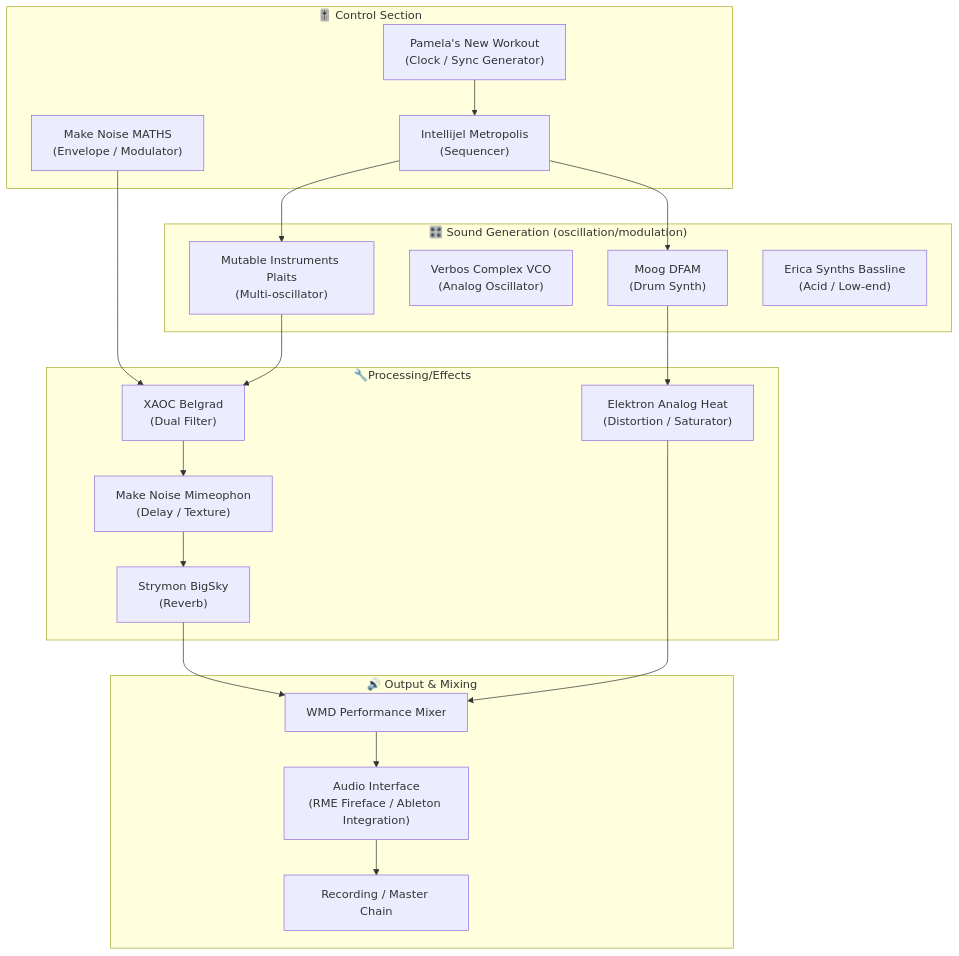
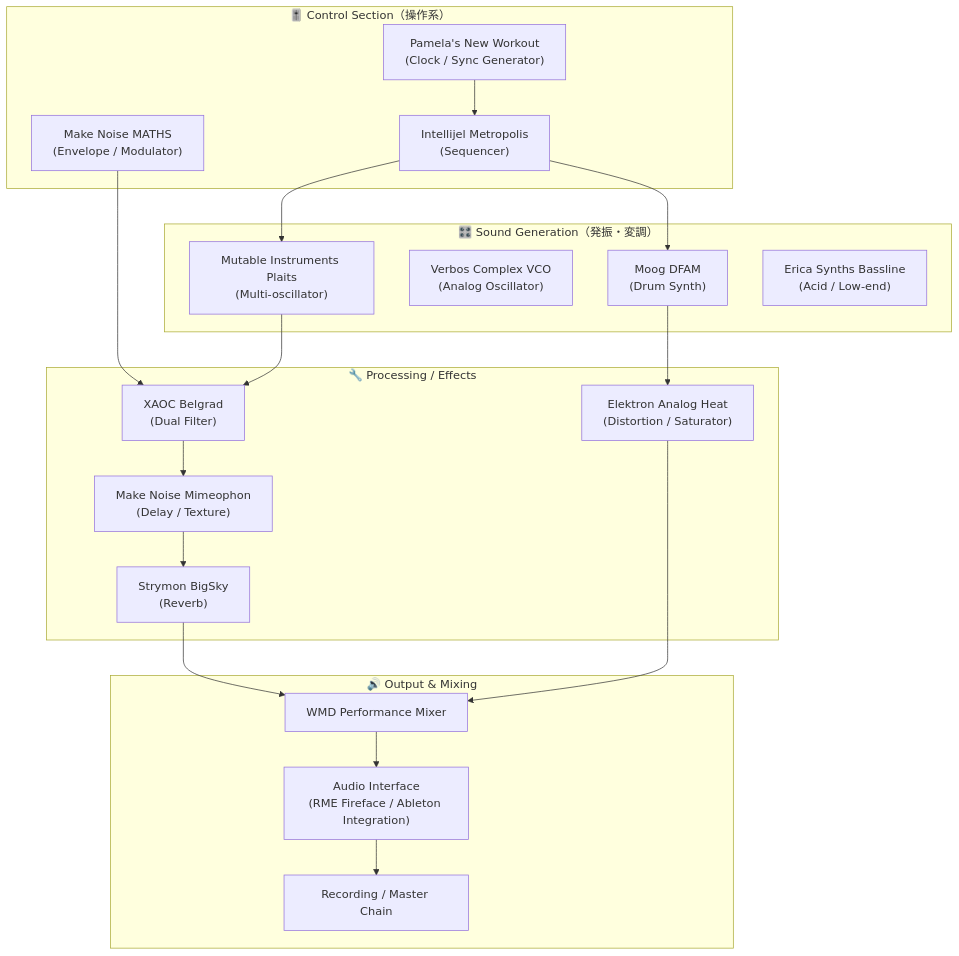
One commit to monumental-movement/monumental-movement.github.io changed the second of 2 diagrams in en/_posts/2025-10-12-Column-Blawan.md. Above: the diagram before and after it, drawn with Mermaid. The commit also changed other lines of this file and 1724 other files, not shown here.

```diff
--- a/en/_posts/2025-10-12-Column-Blawan.md
+++ b/en/_posts/2025-10-12-Column-Blawan.md
@@ -295,44 +293,44 @@
 <div class="mermaid">
 
 flowchart TD
-subgraph "🎚️ Control Section"
-MATHS["Make Noise MATHS\n(Envelope / Modulator)"]
-PAM["Pamela's New Workout\n(Clock / Sync Generator)"]
-METROP["Intellijel Metropolis\n(Sequencer)"]
-end
+    subgraph "🎚️ Control Section（操作系）"
+      MATHS["Make Noise MATHS\n(Envelope / Modulator)"]
+      PAM["Pamela's New Workout\n(Clock / Sync Generator)"]
+      METROP["Intellijel Metropolis\n(Sequencer)"]
+    end
 
-subgraph "🎛️ Sound Generation (oscillation/modulation)"
-OSC["Mutable Instruments Plaits\n(Multi-oscillator)"]
-VCO["Verbos Complex VCO\n(Analog Oscillator)"]
-DFAM["Moog DFAM\n(Drum Synth)"]
-BASS["Erica Synths Bassline\n(Acid / Low-end)"]
-end
+    subgraph "🎛️ Sound Generation（発振・変調）"
+      OSC["Mutable Instruments Plaits\n(Multi-oscillator)"]
+      VCO["Verbos Complex VCO\n(Analog Oscillator)"]
+      DFAM["Moog DFAM\n(Drum Synth)"]
+      BASS["Erica Synths Bassline\n(Acid / Low-end)"]
+    end
 
-subgraph "🔧Processing/Effects"
-FILTER["XAOC Belgrad\n(Dual Filter)"]
-DIST["Elektron Analog Heat\n(Distortion / Saturator)"]
-REVERB["Strymon BigSky\n(Reverb)"]
-DELAY["Make Noise Mimeophon\n(Delay / Texture)"]
-end
+    subgraph "🔧 Processing / Effects"
+      FILTER["XAOC Belgrad\n(Dual Filter)"]
+      DIST["Elektron Analog Heat\n(Distortion / Saturator)"]
+      REVERB["Strymon BigSky\n(Reverb)"]
+      DELAY["Make Noise Mimeophon\n(Delay / Texture)"]
+    end
 
-subgraph "🔊 Output & Mixing"
-MIX["WMD Performance Mixer"]
-OUT["Audio Interface\n(RME Fireface / Ableton Integration)"]
-REC["Recording / Master Chain"]
-end
+    subgraph "🔊 Output & Mixing"
+      MIX["WMD Performance Mixer"]
+      OUT["Audio Interface\n(RME Fireface / Ableton Integration)"]
+      REC["Recording / Master Chain"]
+    end
 
-PAM --> METROP
-METROP --> OSC
-METROP --> DFAM
-MATHS --> FILTER
-OSC --> FILTER
-DFAM --> DIST
-FILTER --> DELAY
-DELAY --> REVERB
-REVERB --> MIX
-DIST --> MIX
-MIX --> OUT
-OUT --> REC
+    PAM --> METROP
+    METROP --> OSC
+    METROP --> DFAM
+    MATHS --> FILTER
+    OSC --> FILTER
+    DFAM --> DIST
+    FILTER --> DELAY
+    DELAY --> REVERB
+    REVERB --> MIX
+    DIST --> MIX
+    MIX --> OUT
+    OUT --> REC
 
 
 </div>
```
